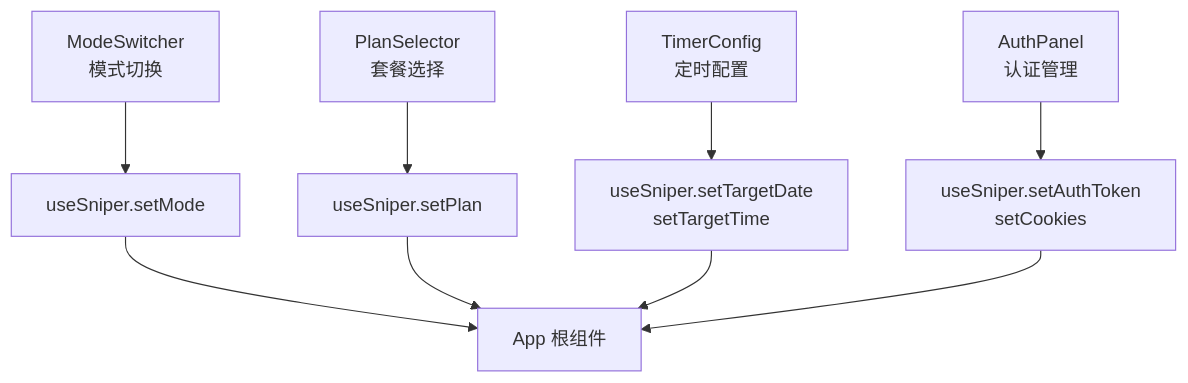
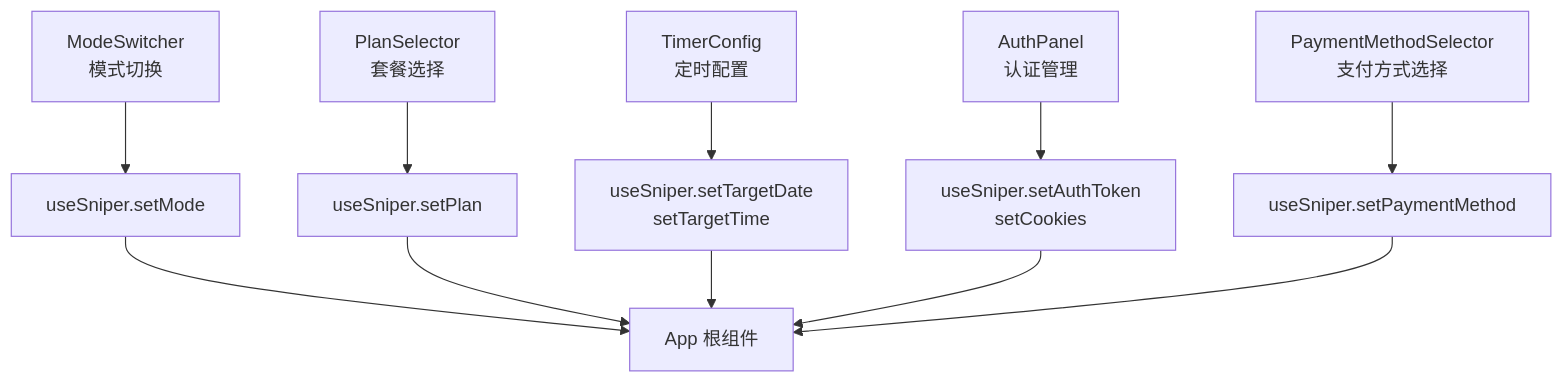
The sixth of 8 diagrams in .qoder/repowiki/zh/content/核心架构/前端架构设计.md (16499259-oss/GLM-sniper), drawn with Mermaid before and after one commit. The commit also changed other lines of this file and 6 other files, not shown here.

````diff
--- a/.qoder/repowiki/zh/content/核心架构/前端架构设计.md
+++ b/.qoder/repowiki/zh/content/核心架构/前端架构设计.md
@@ -239,11 +243,13 @@
 ```mermaid
 flowchart TD
 MS["ModeSwitcher<br/>模式切换"] --> H1["useSniper.setMode"]
 PS["PlanSelector<br/>套餐选择"] --> H2["useSniper.setPlan"]
+PM["PaymentMethodSelector<br/>支付方式选择"] --> H5["useSniper.setPaymentMethod"]
 TC["TimerConfig<br/>定时配置"] --> H3["useSniper.setTargetDate<br/>setTargetTime"]
 AP["AuthPanel<br/>认证管理"] --> H4["useSniper.setAuthToken<br/>setCookies"]
 H1 --> APP["App 根组件"]
 H2 --> APP
 H3 --> APP
 H4 --> APP
+H5 --> APP
 ```
````
